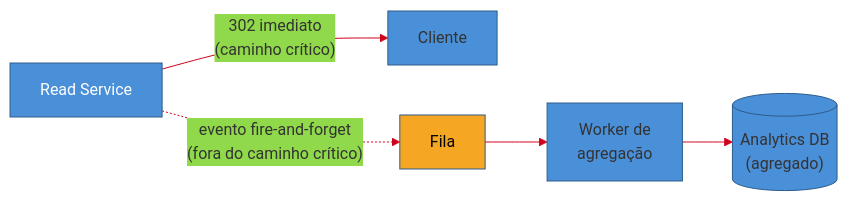
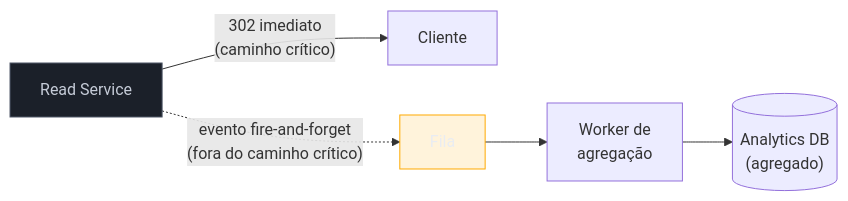
The third of 3 diagrams in 03-Dominios/Engenharia/Arquitetura/System Design/4 - Walkthroughs/01 - URL Shortener.md (josenaldo/codex-technomanticus), drawn with Mermaid before and after one commit. The commit also changed other lines of this file and 1181 other files, not shown here.

First line of the commit message:
fix(diagramas): paleta do sistema no lugar de cor cravada no markdown

````diff
--- a/03-Dominios/Engenharia/Arquitetura/System Design/4 - Walkthroughs/01 - URL Shortener.md
+++ b/03-Dominios/Engenharia/Arquitetura/System Design/4 - Walkthroughs/01 - URL Shortener.md
@@ -321,11 +321,12 @@
 ```mermaid
-%%{init: {"theme": "base", "themeVariables": {"primaryColor": "#4A90D9", "primaryBorderColor": "#2E5C8A", "lineColor": "#D0021B"}}}%%
 graph LR
+    classDef neutro fill:#1B2029,stroke:#4E5666,color:#C6CCD8
+    classDef destaque fill:#FFAA0024,stroke:#FFAA00,color:#E9ECF2
     RS["Read Service"] -->|"302 imediato<br/>(caminho crítico)"| C["Cliente"]
     RS -.->|"evento fire-and-forget<br/>(fora do caminho crítico)"| Q["Fila"]
     Q --> W["Worker de<br/>agregação"]
     W --> AD[("Analytics DB<br/>(agregado)")]
 
-    style RS fill:#4A90D9,color:#fff
-    style Q fill:#F5A623,color:#000
+    class RS neutro
+    class Q destaque
 ```
````
